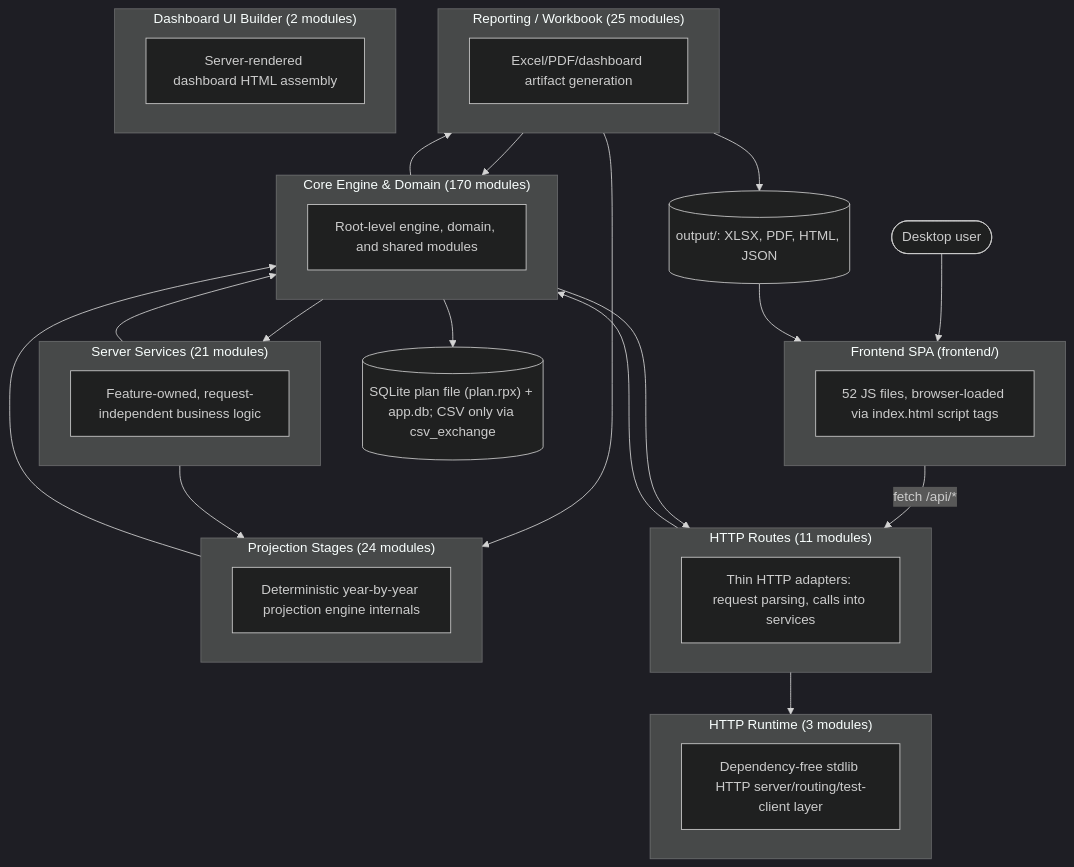
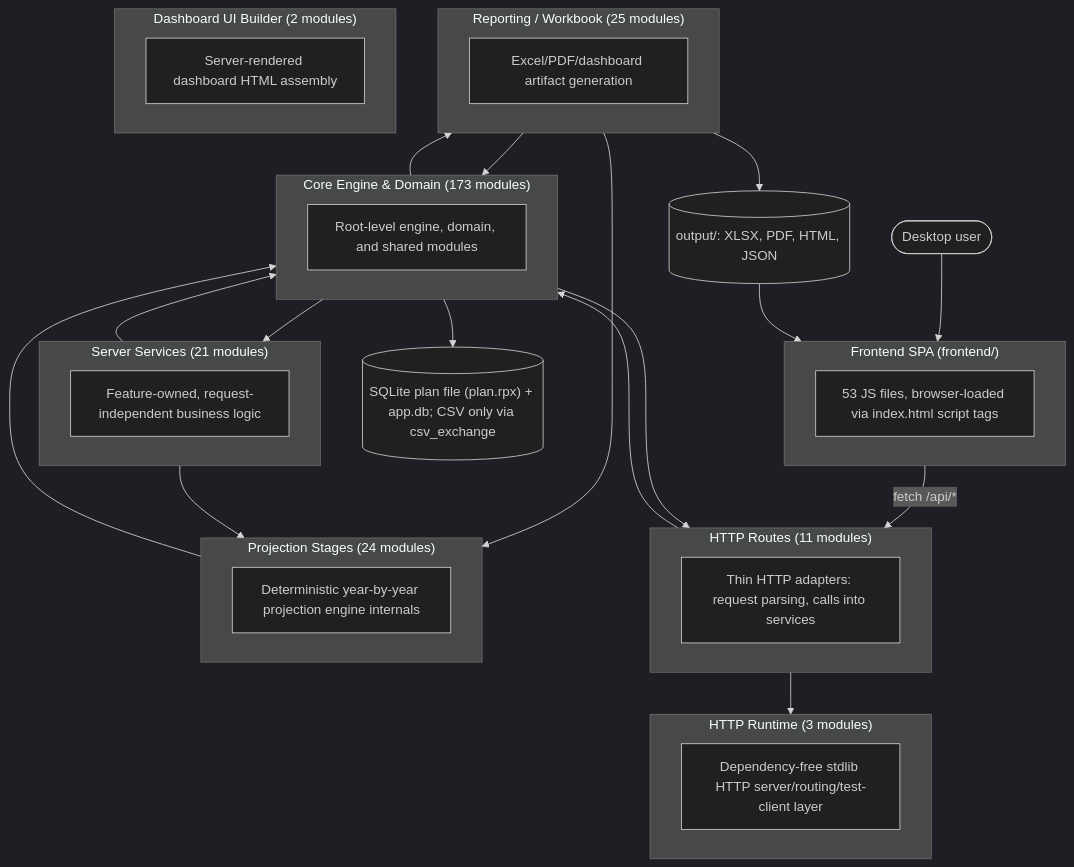
Before and after one commit to matthartzman/retirement_system: the first of 2 diagrams in documentation/reference/SYSTEM_ARCHITECTURE_DIAGRAM.md, drawn with Mermaid (dark theme). The commit also changed other lines of this file and 50 other files, not shown here.

First line of the commit message:
Monarch daily balances, trends charts and Monarch Reconciliation page (#215)

````diff
--- a/documentation/reference/SYSTEM_ARCHITECTURE_DIAGRAM.md
+++ b/documentation/reference/SYSTEM_ARCHITECTURE_DIAGRAM.md
@@ -11,42 +11,42 @@
 ```mermaid
 flowchart TB
     User(["Desktop user"]) --> FE
     subgraph FE["Frontend SPA (frontend/)"]
-        FEcount["52 JS files, browser-loaded via index.html script tags"]
+        FEcount["53 JS files, browser-loaded via index.html script tags"]
     end
     FE -->|fetch /api/*| L_HTTP_Routes
     subgraph L_HTTP_Routes["HTTP Routes (11 modules)"]
         L_HTTP_Routes_d["Thin HTTP adapters: request parsing, calls into services"]
     end
     subgraph L_Server_Services["Server Services (21 modules)"]
         L_Server_Services_d["Feature-owned, request-independent business logic"]
     end
     subgraph L_HTTP_Runtime["HTTP Runtime (3 modules)"]
         L_HTTP_Runtime_d["Dependency-free stdlib HTTP server/routing/test-client layer"]
     end
-    subgraph L_Core_Engine___Domain["Core Engine & Domain (170 modules)"]
+    subgraph L_Core_Engine___Domain["Core Engine & Domain (173 modules)"]
         L_Core_Engine___Domain_d["Root-level engine, domain, and shared modules"]
     end
     subgraph L_Projection_Stages["Projection Stages (24 modules)"]
         L_Projection_Stages_d["Deterministic year-by-year projection engine internals"]
     end
     subgraph L_Reporting___Workbook["Reporting / Workbook (25 modules)"]
         L_Reporting___Workbook_d["Excel/PDF/dashboard artifact generation"]
     end
     subgraph L_Dashboard_UI_Builder["Dashboard UI Builder (2 modules)"]
         L_Dashboard_UI_Builder_d["Server-rendered dashboard HTML assembly"]
     end
     L_Core_Engine___Domain --> L_HTTP_Routes
     L_Core_Engine___Domain --> L_Reporting___Workbook
     L_Core_Engine___Domain --> L_Server_Services
     L_HTTP_Routes --> L_Core_Engine___Domain
     L_HTTP_Routes --> L_HTTP_Runtime
     L_Projection_Stages --> L_Core_Engine___Domain
     L_Reporting___Workbook --> L_Core_Engine___Domain
     L_Reporting___Workbook --> L_Projection_Stages
     L_Server_Services --> L_Core_Engine___Domain
     L_Server_Services --> L_Projection_Stages
     L_Core_Engine___Domain --> DB[("SQLite plan file (plan.rpx) + app.db; CSV only via csv_exchange")]
     L_Reporting___Workbook --> Outputs[("output/: XLSX, PDF, HTML, JSON")]
     Outputs --> FE
 ```
````
